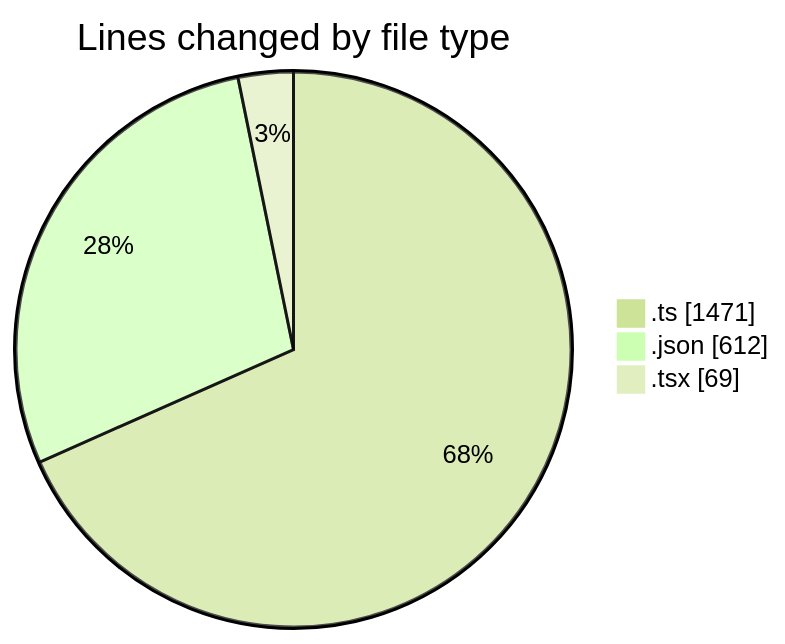
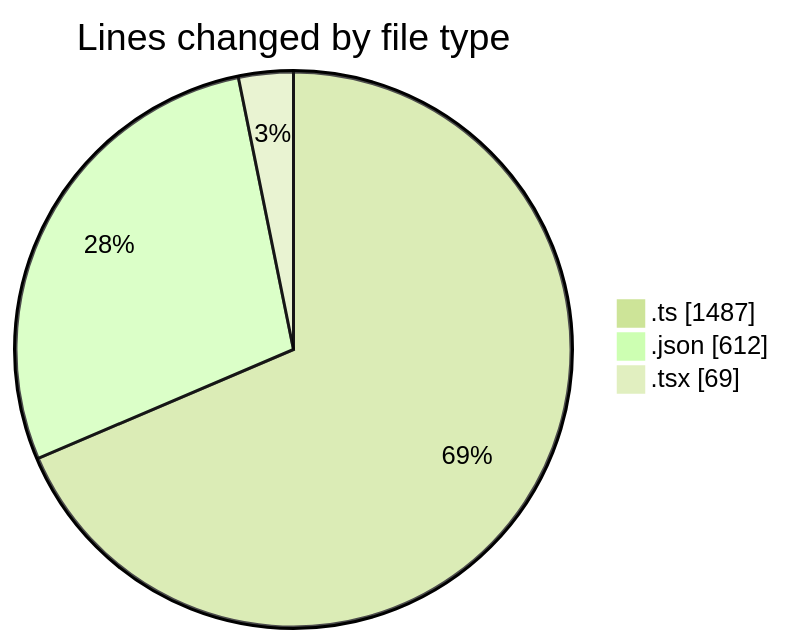
Before and after one commit to momahboobian/code-tracking: the first of 2 diagrams in 2025-10-22/cda/README.md, drawn with Mermaid (forest theme). The commit also changed other lines of this file and 1 other file, not shown here.

````diff
--- a/2025-10-22/cda/README.md
+++ b/2025-10-22/cda/README.md
@@ -28,7 +28,7 @@
 ```mermaid
 pie showData
 title Lines changed by file type
-".ts" : 1471
+".ts" : 1487
 ".json" : 612
 ".tsx" : 69
 ```
````
